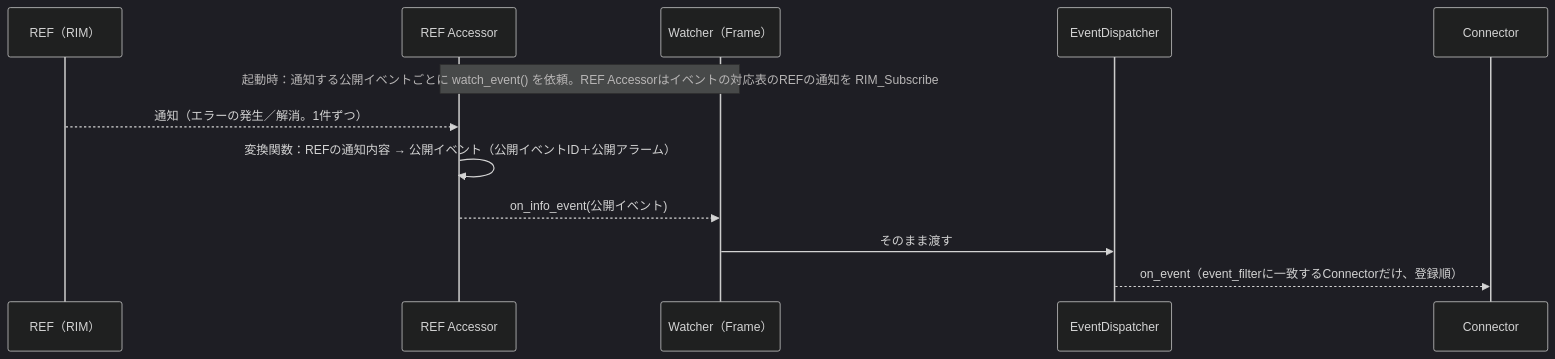
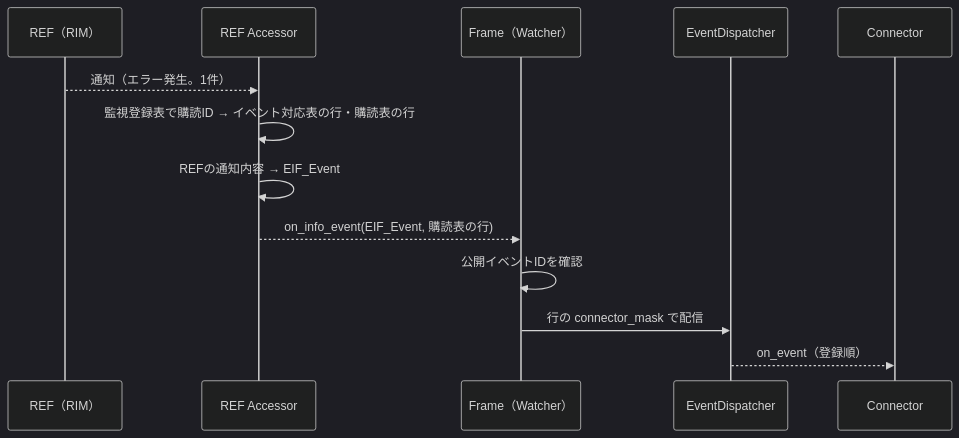
Before and after one commit to ceedling-vxworks-test-generator/EIF-design: diagram 16 of 23 in 03.EIF設計/設計/詳細設計書.md, drawn with Mermaid (dark theme). The commit also changed other lines of this file, not shown here.

````diff
--- a/03.EIF設計/設計/詳細設計書.md
+++ b/03.EIF設計/設計/詳細設計書.md
@@ -752,14 +1528,16 @@
 ```mermaid
 sequenceDiagram
-participant REF as REF（RIM）
-participant RA as REF Accessor
-participant WT as Watcher（Frame）
-participant ED as EventDispatcher
-participant CN as Connector
-Note over WT,RA: 起動時：通知する公開イベントごとに watch_event() を依頼。REF Accessorはイベントの対応表のREFの通知を RIM_Subscribe
-REF-->>RA: 通知（エラーの発生／解消。1件ずつ）
-RA->>RA: 変換関数：REFの通知内容 → 公開イベント（公開イベントID＋公開アラーム）
-RA-->>WT: on_info_event(公開イベント)
-WT->>ED: そのまま渡す
-ED-->>CN: on_event（event_filterに一致するConnectorだけ、登録順）
+    participant REF as REF（RIM）
+    participant ACC as REF Accessor
+    participant WT as Frame（Watcher）
+    participant ED as EventDispatcher
+    participant CON as Connector
+
+    REF-->>ACC: 通知（エラー発生。1件）
+    ACC->>ACC: 監視登録表で購読ID → イベント対応表の行・購読表の行
+    ACC->>ACC: REFの通知内容 → EIF_Event
+    ACC-->>WT: on_info_event(EIF_Event, 購読表の行)
+    WT->>WT: 公開イベントIDを確認
+    WT->>ED: 行の connector_mask で配信
+    ED-->>CON: on_event（登録順）
 ```
````
